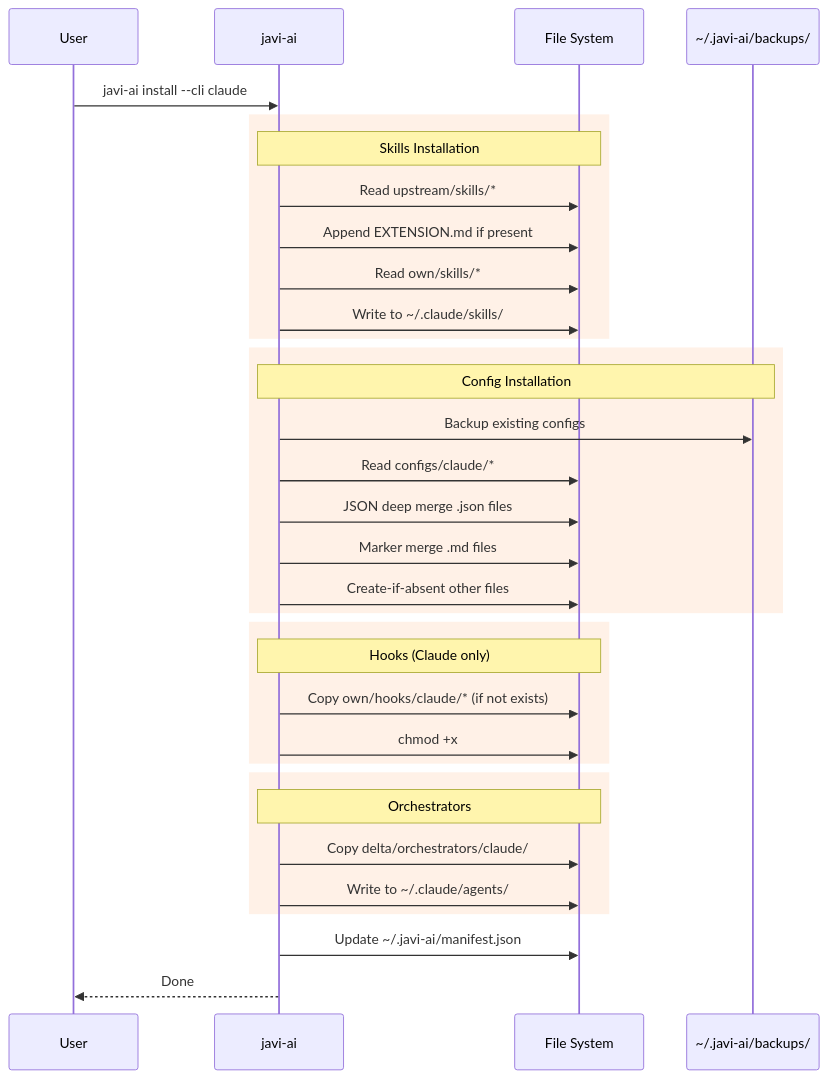
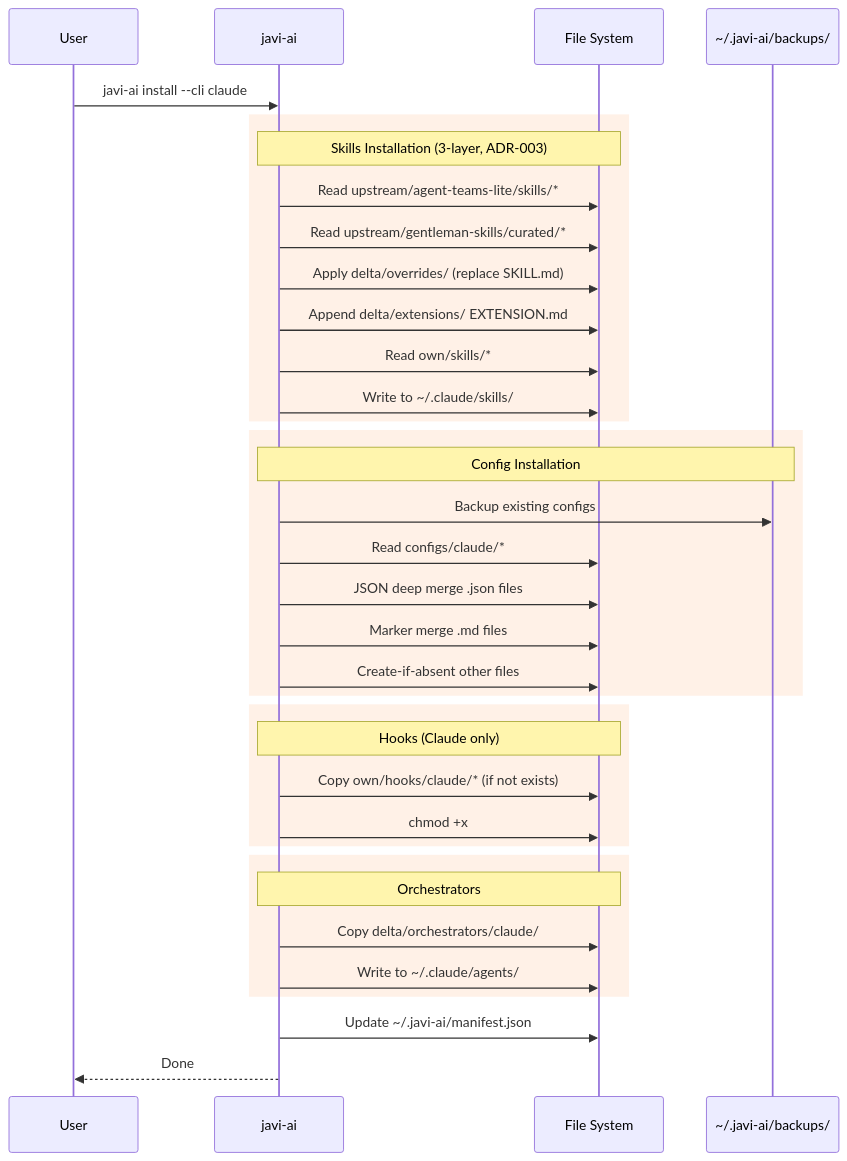
The second of 3 diagrams in docs/architecture.md (JNZader/javi-ai), drawn with Mermaid before and after one commit. The commit also changed other lines of this file and 3 other files, not shown here.

Commit message:
docs: update documentation for 3-layer skill architecture

````diff
--- a/docs/architecture.md
+++ b/docs/architecture.md
@@ -51,41 +60,43 @@
 ```mermaid
 sequenceDiagram
     participant User
     participant CLI as javi-ai
     participant FS as File System
     participant Backup as ~/.javi-ai/backups/
 
     User->>CLI: javi-ai install --cli claude
 
     rect rgb(249, 115, 22, 0.1)
-        Note over CLI,FS: Skills Installation
-        CLI->>FS: Read upstream/skills/*
-        CLI->>FS: Append EXTENSION.md if present
+        Note over CLI,FS: Skills Installation (3-layer, ADR-003)
+        CLI->>FS: Read upstream/agent-teams-lite/skills/*
+        CLI->>FS: Read upstream/gentleman-skills/curated/*
+        CLI->>FS: Apply delta/overrides/ (replace SKILL.md)
+        CLI->>FS: Append delta/extensions/ EXTENSION.md
         CLI->>FS: Read own/skills/*
         CLI->>FS: Write to ~/.claude/skills/
     end
 
     rect rgb(249, 115, 22, 0.1)
         Note over CLI,Backup: Config Installation
         CLI->>Backup: Backup existing configs
         CLI->>FS: Read configs/claude/*
         CLI->>FS: JSON deep merge .json files
         CLI->>FS: Marker merge .md files
         CLI->>FS: Create-if-absent other files
     end
 
     rect rgb(249, 115, 22, 0.1)
         Note over CLI,FS: Hooks (Claude only)
         CLI->>FS: Copy own/hooks/claude/* (if not exists)
         CLI->>FS: chmod +x
     end
 
     rect rgb(249, 115, 22, 0.1)
         Note over CLI,FS: Orchestrators
         CLI->>FS: Copy delta/orchestrators/claude/
         CLI->>FS: Write to ~/.claude/agents/
     end
 
     CLI->>FS: Update ~/.javi-ai/manifest.json
     CLI-->>User: Done
 ```
````
